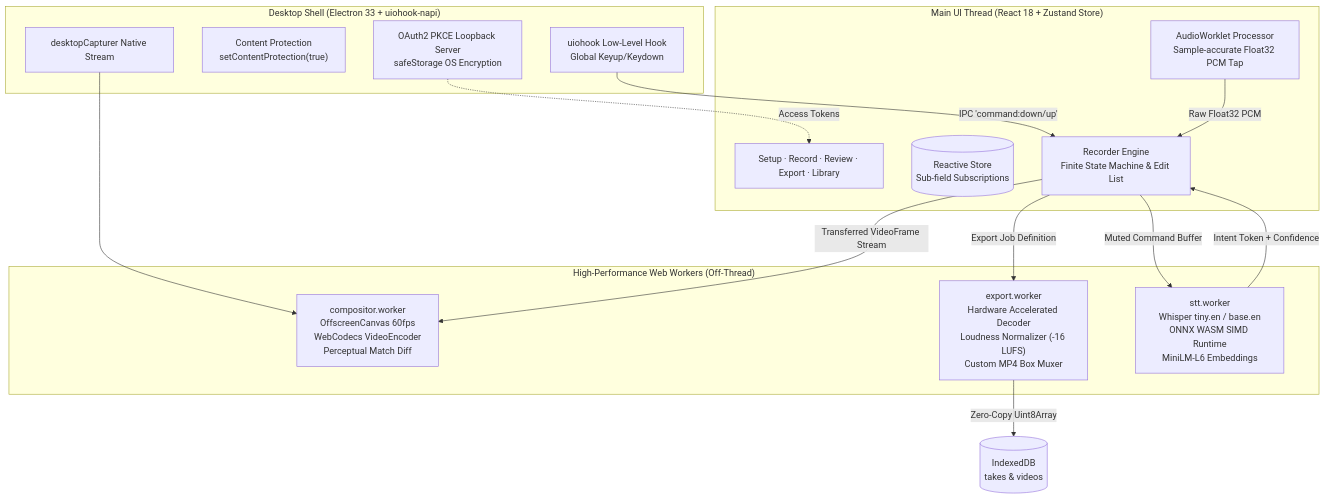
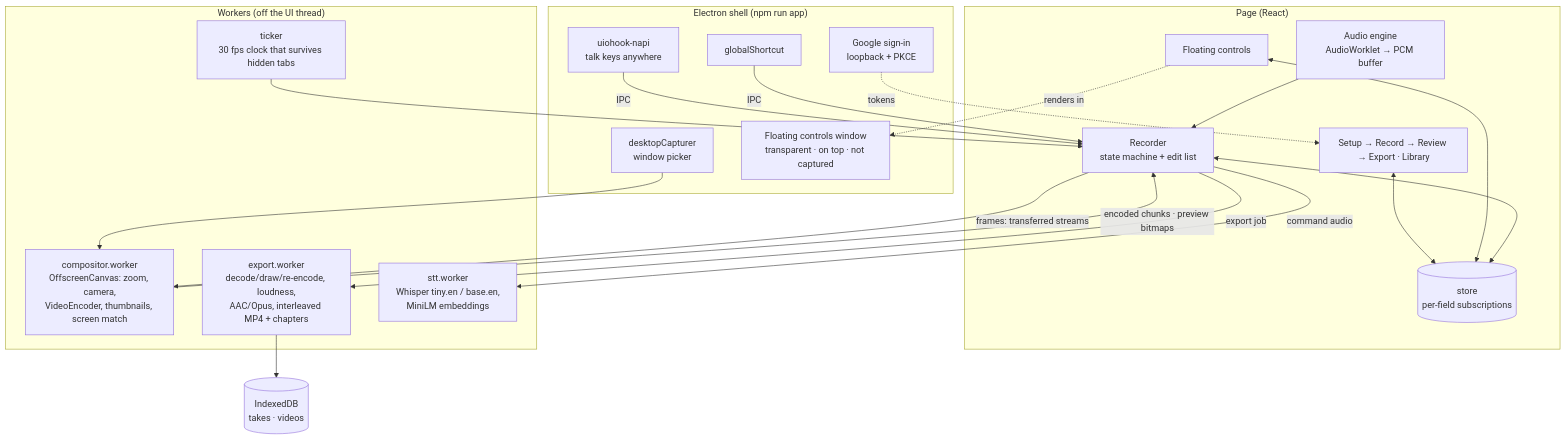
Before and after one commit to ScRocXx/Take1: the sixth of 6 diagrams in README.md, drawn with Mermaid. The commit also changed other lines of this file and 5 other files, not shown here.

````diff
--- a/README.md
+++ b/README.md
@@ -135,32 +362,42 @@
 ```mermaid
 flowchart TB
-    subgraph DesktopShell["Desktop Shell (Electron 33 + uiohook-napi)"]
-        HOOK["uiohook Low-Level Hook<br/>Global Keyup/Keydown"]
-        PROT["Content Protection<br/>setContentProtection(true)"]
-        PICKER["desktopCapturer Native Stream"]
-        OAUTH["OAuth2 PKCE Loopback Server<br/>safeStorage OS Encryption"]
+    subgraph Desktop["Electron shell (npm run app)"]
+        HOOK["uiohook-napi<br/>talk keys anywhere"]
+        GS["globalShortcut"]
+        PICK["desktopCapturer<br/>window picker"]
+        RAILW["Floating controls window<br/>transparent · on top · not captured"]
+        GAUTH["Google sign-in<br/>loopback + PKCE"]
     end
 
-    subgraph MainThread["Main UI Thread (React 18 + Zustand Store)"]
-        UI["Setup · Record · Review · Export · Library"]
-        STORE[("Reactive Store<br/>Sub-field Subscriptions")]
-        REC["Recorder Engine<br/>Finite State Machine & Edit List"]
-        WORKLET["AudioWorklet Processor<br/>Sample-accurate Float32 PCM Tap"]
+    subgraph Page["Page (React)"]
+        UI["Setup → Record → Review → Export · Library"]
+        FC["Floating controls"]
+        STORE[("store<br/>per-field subscriptions")]
+        REC["Recorder<br/>state machine + edit list"]
+        AUD["Audio engine<br/>AudioWorklet → PCM buffer"]
     end
 
-    subgraph WebWorkers["High-Performance Web Workers (Off-Thread)"]
-        CW["compositor.worker<br/>OffscreenCanvas 60fps<br/>WebCodecs VideoEncoder<br/>Perceptual Match Diff"]
-        EW["export.worker<br/>Hardware Accelerated Decoder<br/>Loudness Normalizer (-16 LUFS)<br/>Custom MP4 Box Muxer"]
-        STTW["stt.worker<br/>Whisper tiny.en / base.en<br/>ONNX WASM SIMD Runtime<br/>MiniLM-L6 Embeddings"]
+    subgraph Workers["Workers (off the UI thread)"]
+        COMP["compositor.worker<br/>OffscreenCanvas: zoom, camera,<br/>VideoEncoder, thumbnails, screen match"]
+        EXP["export.worker<br/>decode/draw/re-encode, loudness,<br/>AAC/Opus, interleaved MP4 + chapters"]
+        STT["stt.worker<br/>Whisper tiny.en / base.en,<br/>MiniLM embeddings"]
+        TICK["ticker<br/>30 fps clock that survives hidden tabs"]
     end
 
-    HOOK -->|IPC 'command:down/up'| REC
-    PICKER --> CW
-    WORKLET -->|Raw Float32 PCM| REC
-    REC -->|Transferred VideoFrame Stream| CW
-    REC -->|Muted Command Buffer| STTW
-    STTW -->|Intent Token + Confidence| REC
-    REC -->|Export Job Definition| EW
-    EW -->|Zero-Copy Uint8Array| DB[("IndexedDB<br/>takes & videos")]
-    OAUTH -. Access Tokens .-> UI
+    DB[("IndexedDB<br/>takes · videos")]
+
+    HOOK & GS -->|IPC| REC
+    PICK --> COMP
+    UI <--> STORE
+    FC <--> STORE
+    FC -. renders in .-> RAILW
+    REC <--> STORE
+    TICK --> REC
+    REC -->|"frames: transferred streams"| COMP
+    COMP -->|encoded chunks · preview bitmaps| REC
+    AUD --> REC
+    REC -->|command audio| STT
+    REC -->|export job| EXP
+    EXP --> DB
+    GAUTH -. tokens .-> UI
 ```
````
